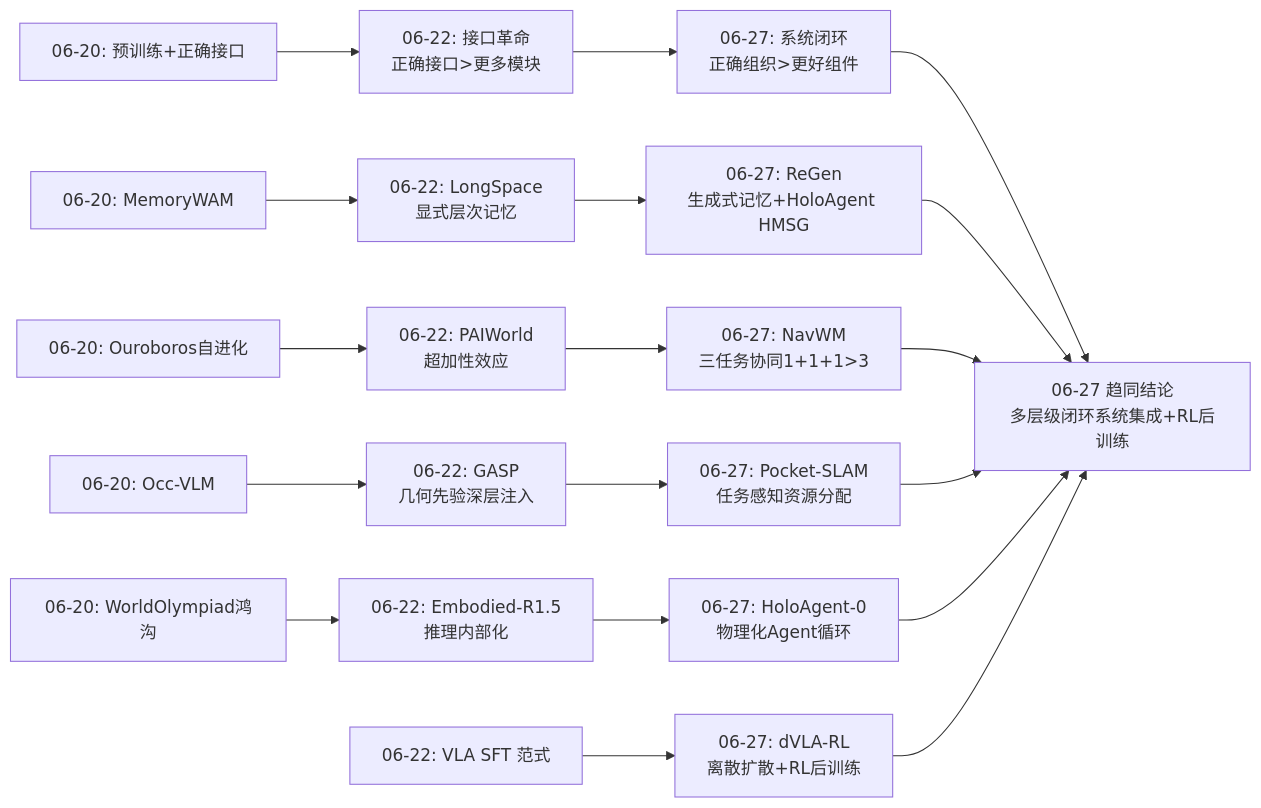
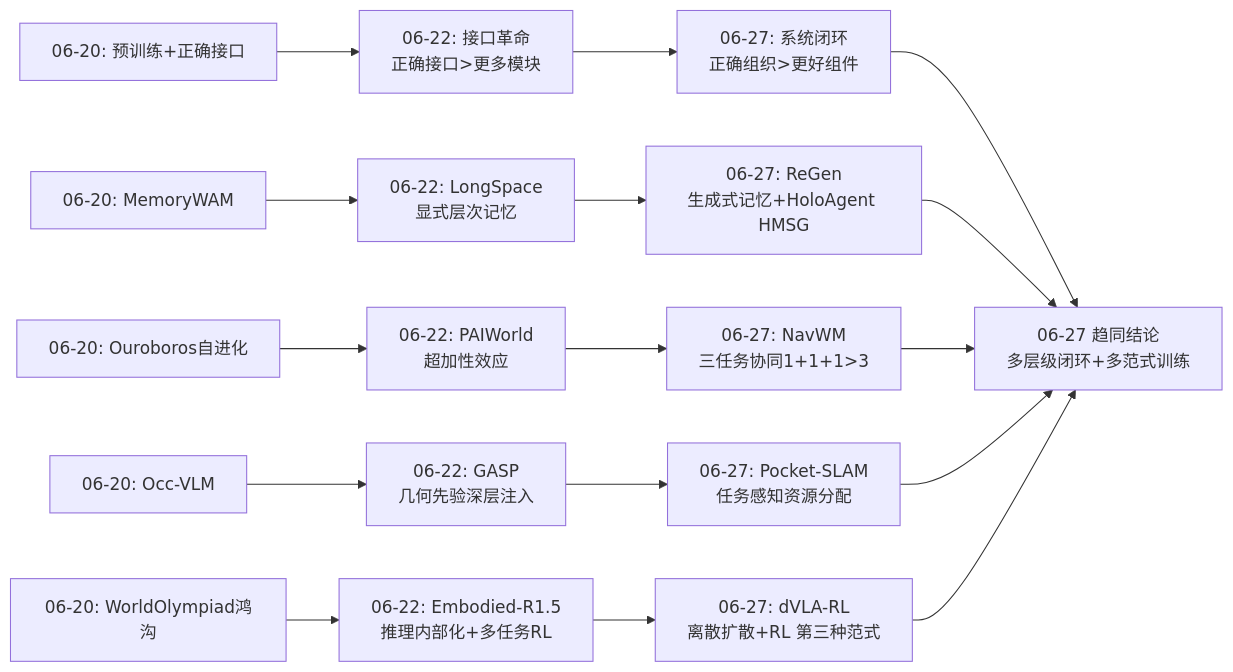
One commit to ahangchen/spatial_agi changed the third of 5 diagrams in daily_thinking/2026-06-27.md. Above: the diagram before and after it, drawn with Mermaid. The commit also changed other lines of this file and 6 other files, not shown here.

````diff
--- a/daily_thinking/2026-06-27.md
+++ b/daily_thinking/2026-06-27.md
@@ -242,26 +264,23 @@
 ```mermaid
 graph LR
     A["06-20: 预训练+正确接口"] --> B["06-22: 接口革命<br/>正确接口>更多模块"]
     B --> C["06-27: 系统闭环<br/>正确组织>更好组件"]
-
+    
     D["06-20: MemoryWAM"] --> E["06-22: LongSpace<br/>显式层次记忆"]
     E --> F["06-27: ReGen<br/>生成式记忆+HoloAgent HMSG"]
-
+    
     G["06-20: Ouroboros自进化"] --> H["06-22: PAIWorld<br/>超加性效应"]
     H --> I["06-27: NavWM<br/>三任务协同1+1+1>3"]
-
+    
     J["06-20: Occ-VLM"] --> K["06-22: GASP<br/>几何先验深层注入"]
     K --> L["06-27: Pocket-SLAM<br/>任务感知资源分配"]
-
-    M["06-20: WorldOlympiad鸿沟"] --> N["06-22: Embodied-R1.5<br/>推理内部化"]
-    N --> O["06-27: HoloAgent-0<br/>物理化Agent循环"]
-
-    P["06-22: VLA SFT 范式"] --> Q["06-27: dVLA-RL<br/>离散扩散+RL后训练"]
-
-    C --> R["06-27 趋同结论<br/>多层级闭环系统集成+RL后训练"]
-    F --> R
-    I --> R
-    L --> R
-    O --> R
-    Q --> R
+    
+    M["06-20: WorldOlympiad鸿沟"] --> N["06-22: Embodied-R1.5<br/>推理内部化+多任务RL"]
+    N --> O["06-27: dVLA-RL<br/>离散扩散+RL 第三种范式"]
+    
+    C --> P["06-27 趋同结论<br/>多层级闭环+多范式训练"]
+    F --> P
+    I --> P
+    L --> P
+    O --> P
 ```
````
